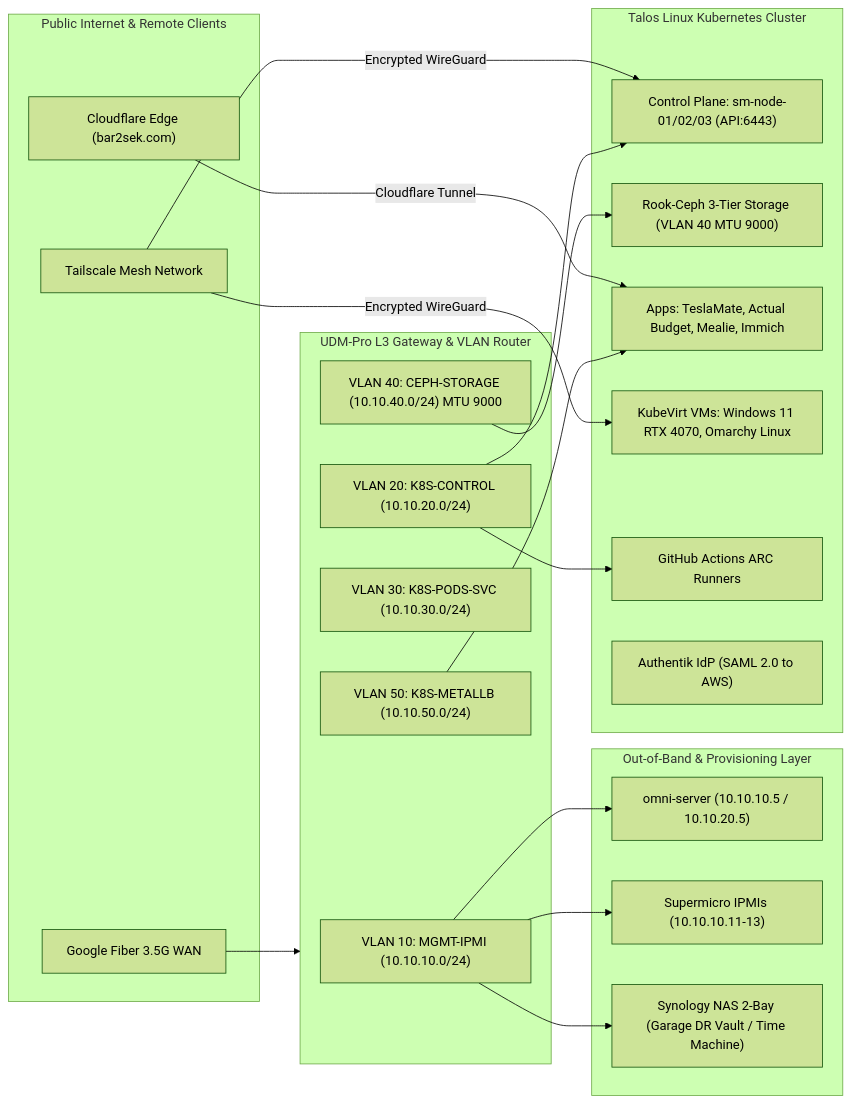
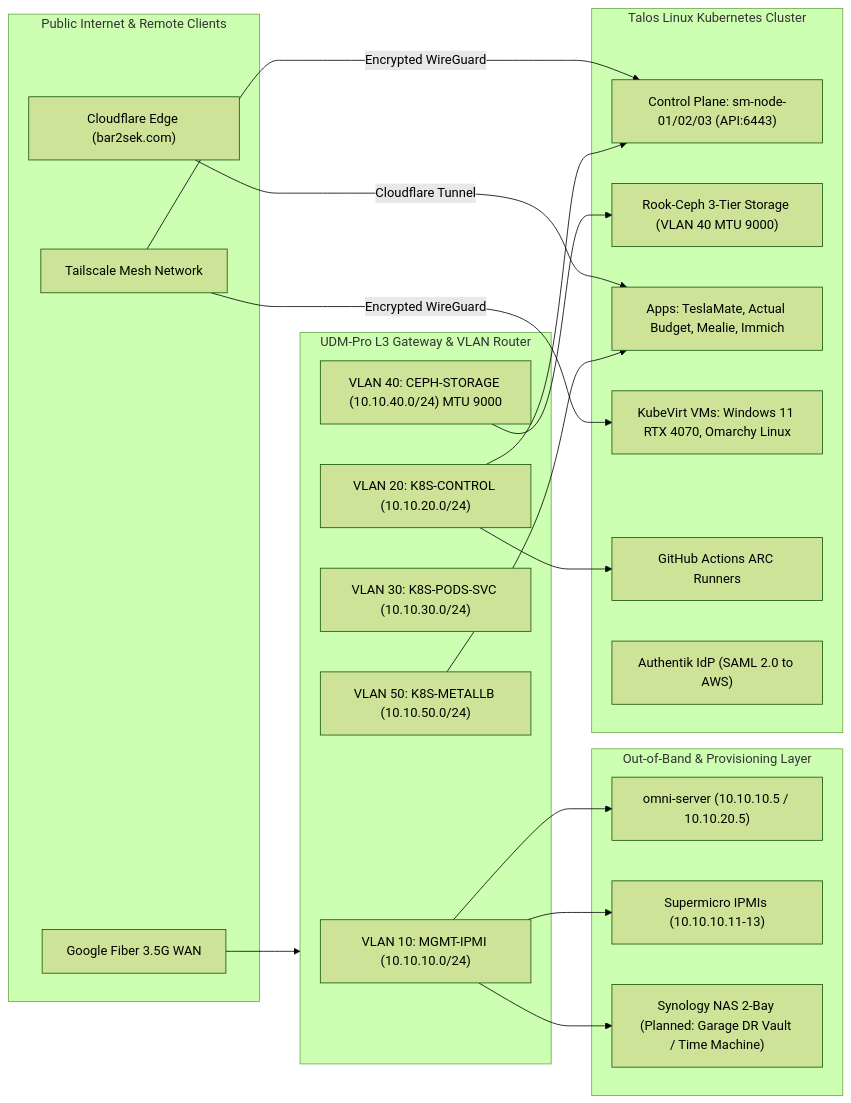
The second of 2 diagrams in docs/201-unifi-network-topology.md (bar2sek/personal-technology), drawn with Mermaid (forest theme) before and after one commit. The commit also changed other lines of this file and 24 other files, not shown here.

````diff
--- a/docs/201-unifi-network-topology.md
+++ b/docs/201-unifi-network-topology.md
@@ -109,39 +109,39 @@
 ```mermaid
 graph LR
     subgraph PUBLIC["Public Internet & Remote Clients"]
         CF["Cloudflare Edge (bar2sek.com)"]
         TS["Tailscale Mesh Network"]
         GF["Google Fiber 3.5G WAN"]
     end
 
     subgraph UNIFI["UDM-Pro L3 Gateway & VLAN Router"]
         V10["VLAN 10: MGMT-IPMI (10.10.10.0/24)"]
         V20["VLAN 20: K8S-CONTROL (10.10.20.0/24)"]
         V30["VLAN 30: K8S-PODS-SVC (10.10.30.0/24)"]
         V40["VLAN 40: CEPH-STORAGE (10.10.40.0/24) MTU 9000"]
         V50["VLAN 50: K8S-METALLB (10.10.50.0/24)"]
     end
 
     subgraph MANAGEMENT["Out-of-Band & Provisioning Layer"]
         OMNI_SRV["omni-server (10.10.10.5 / 10.10.20.5)"]
         IPMI_NODES["Supermicro IPMIs (10.10.10.11-13)"]
-        SYN_NAS["Synology NAS 2-Bay (Garage DR Vault / Time Machine)"]
+        SYN_NAS["Synology NAS 2-Bay (Planned: Garage DR Vault / Time Machine)"]
     end
 
     subgraph K8S_CLUSTER["Talos Linux Kubernetes Cluster"]
         CP_NODES["Control Plane: sm-node-01/02/03 (API:6443)"]
         CEPH["Rook-Ceph 3-Tier Storage (VLAN 40 MTU 9000)"]
         APPS["Apps: TeslaMate, Actual Budget, Mealie, Immich"]
         VMS["KubeVirt VMs: Windows 11 RTX 4070, Omarchy Linux"]
         ARC["GitHub Actions ARC Runners"]
         AUTH["Authentik IdP (SAML 2.0 to AWS)"]
     end
 
     GF --> UNIFI
     CF -->|Cloudflare Tunnel| APPS
     TS -->|Encrypted WireGuard| CP_NODES & VMS
     V10 --> OMNI_SRV & IPMI_NODES & SYN_NAS
     V20 --> CP_NODES & ARC
     V40 --> CEPH
     V50 --> APPS
 ```
````
